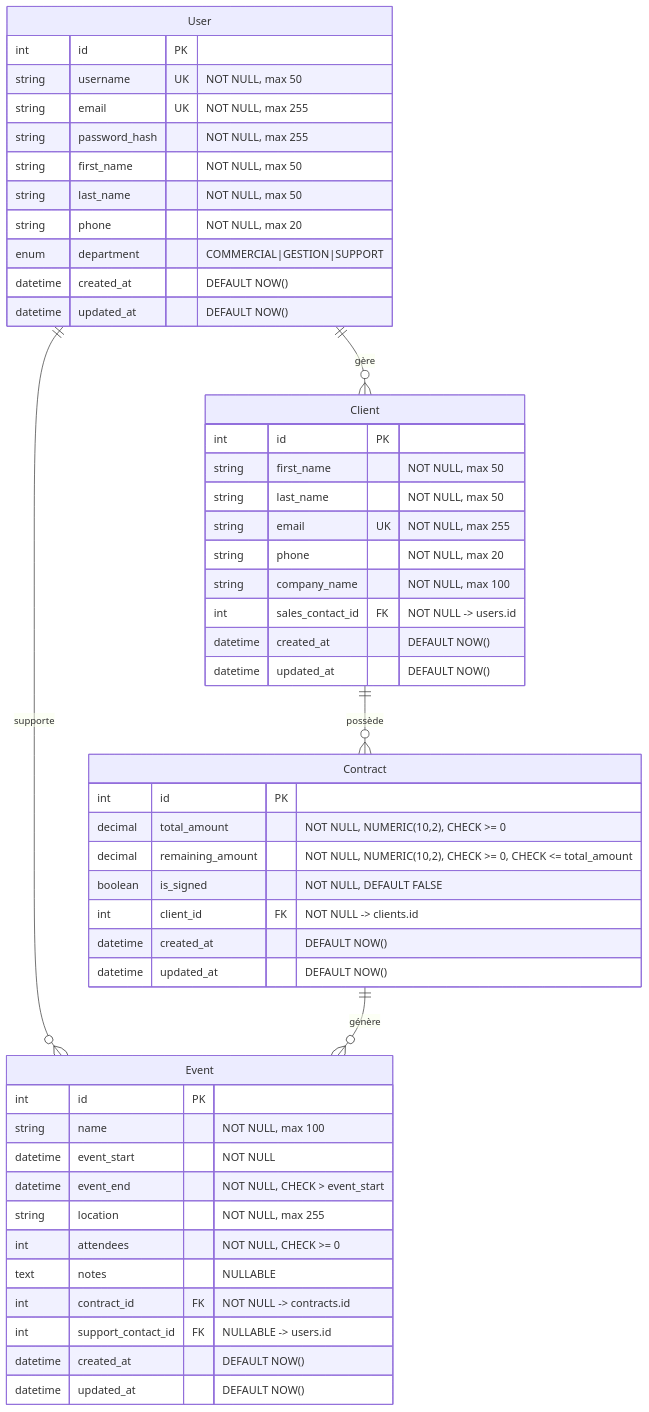
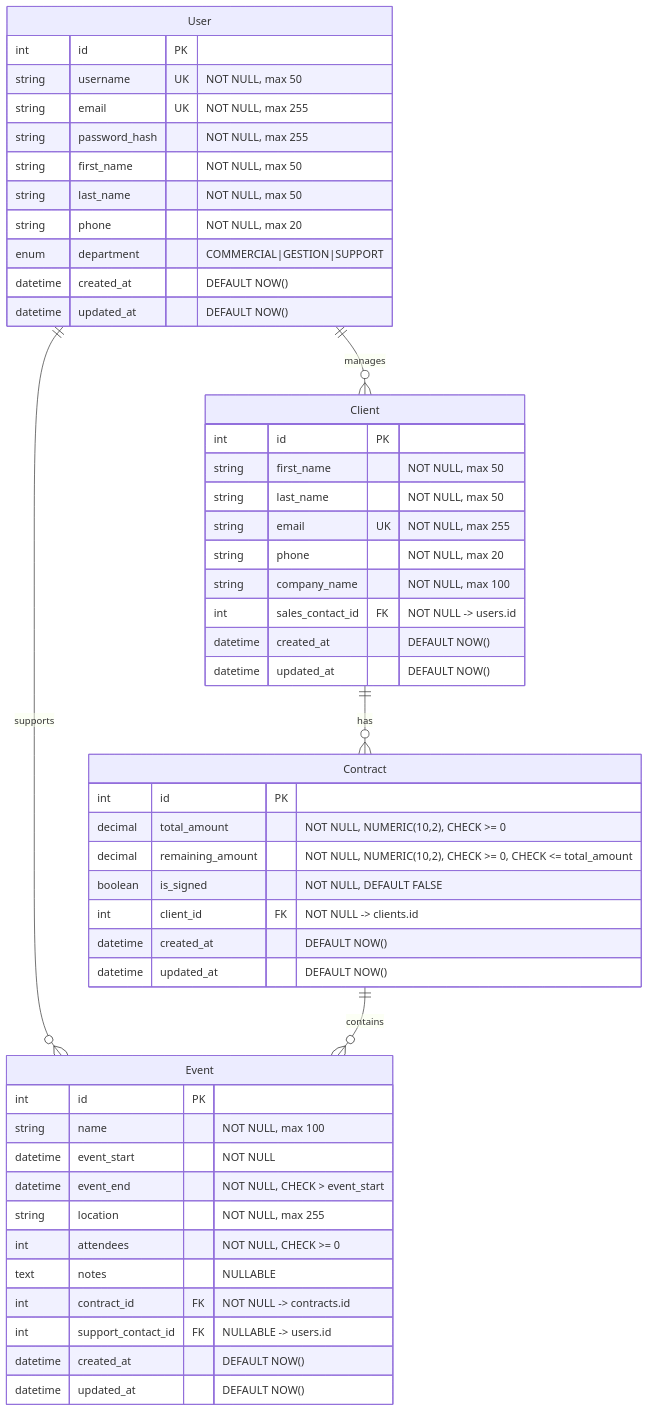
One commit to SebGris/project-12-architecture-back-end changed the diagram in docs/ARCHITECTURE_DIAGRAMS.md. Above: the diagram before and after it, drawn with Mermaid.

Commit message:
refactor(docs): Utiliser des verbes anglais standards pour les relations ERD
- User manages Client
- User supports Event
- Client has Contract
- Contract contains Event

🤖 Generated with [Claude Code](https://claude.com/claude-code)

````diff
--- a/docs/ARCHITECTURE_DIAGRAMS.md
+++ b/docs/ARCHITECTURE_DIAGRAMS.md
@@ -3,56 +3,56 @@
 ```mermaid
 erDiagram
-    User ||--o{ Client : gère
-    User ||--o{ Event : supporte
-    Client ||--o{ Contract : possède
-    Contract ||--o{ Event : génère
+    User ||--o{ Client : manages
+    User ||--o{ Event : supports
+    Client ||--o{ Contract : has
+    Contract ||--o{ Event : contains
 
     User {
         int id PK
         string username UK "NOT NULL, max 50"
         string email UK "NOT NULL, max 255"
         string password_hash "NOT NULL, max 255"
         string first_name "NOT NULL, max 50"
         string last_name "NOT NULL, max 50"
         string phone "NOT NULL, max 20"
         enum department "COMMERCIAL|GESTION|SUPPORT"
         datetime created_at "DEFAULT NOW()"
         datetime updated_at "DEFAULT NOW()"
     }
 
     Client {
         int id PK
         string first_name "NOT NULL, max 50"
         string last_name "NOT NULL, max 50"
         string email UK "NOT NULL, max 255"
         string phone "NOT NULL, max 20"
         string company_name "NOT NULL, max 100"
         int sales_contact_id FK "NOT NULL -> users.id"
         datetime created_at "DEFAULT NOW()"
         datetime updated_at "DEFAULT NOW()"
     }
 
     Contract {
         int id PK
         decimal total_amount "NOT NULL, NUMERIC(10,2), CHECK >= 0"
         decimal remaining_amount "NOT NULL, NUMERIC(10,2), CHECK >= 0, CHECK <= total_amount"
         boolean is_signed "NOT NULL, DEFAULT FALSE"
         int client_id FK "NOT NULL -> clients.id"
         datetime created_at "DEFAULT NOW()"
         datetime updated_at "DEFAULT NOW()"
     }
 
     Event {
         int id PK
         string name "NOT NULL, max 100"
         datetime event_start "NOT NULL"
         datetime event_end "NOT NULL, CHECK > event_start"
         string location "NOT NULL, max 255"
         int attendees "NOT NULL, CHECK >= 0"
         text notes "NULLABLE"
         int contract_id FK "NOT NULL -> contracts.id"
         int support_contact_id FK "NULLABLE -> users.id"
         datetime created_at "DEFAULT NOW()"
         datetime updated_at "DEFAULT NOW()"
     }
 ```
````
